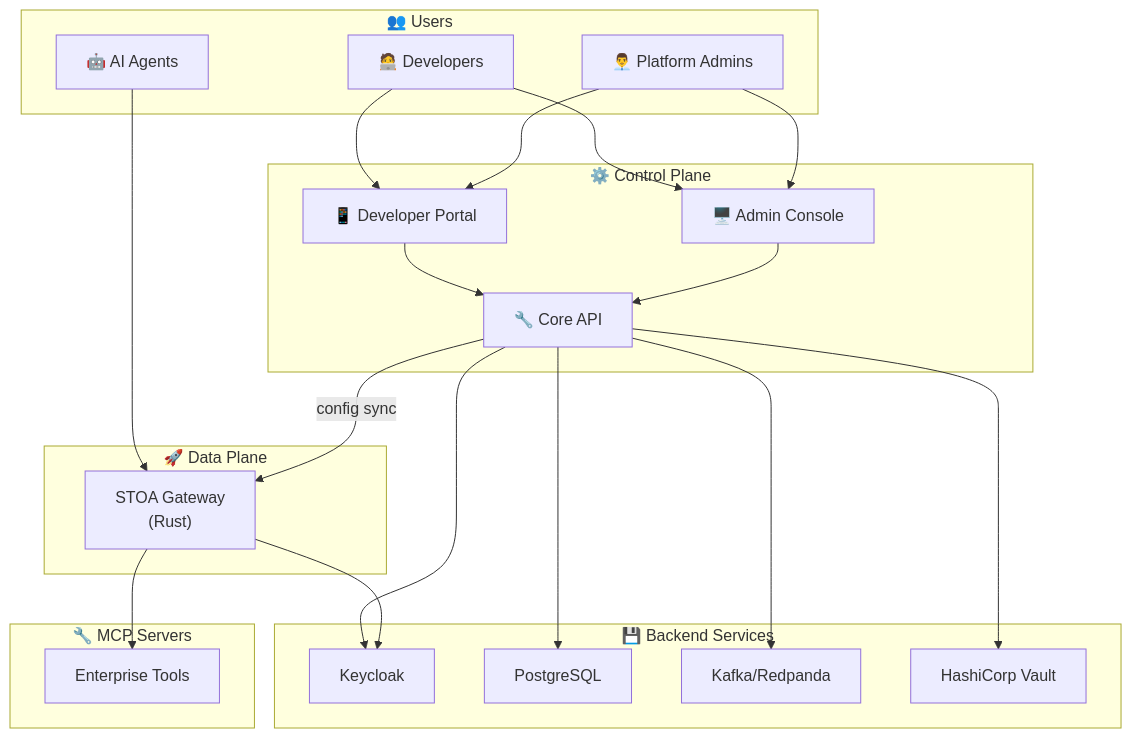
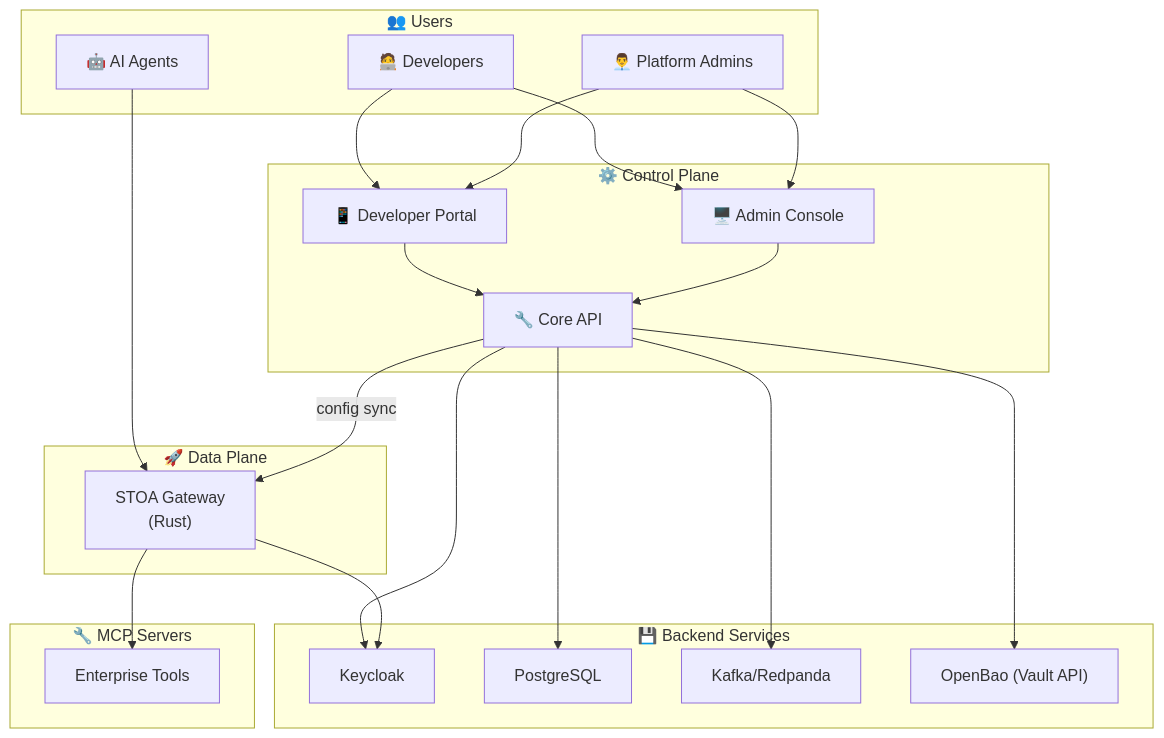
The first of 2 diagrams in docs/concepts/architecture.md (stoa-platform/stoa-docs), drawn with Mermaid before and after one commit. The commit also changed other lines of this file and 15 other files, not shown here.

First line of the commit message:
docs: name OpenBao where pages cite only HashiCorp Vault (CAB-2607) (#235)

````diff
--- a/docs/concepts/architecture.md
+++ b/docs/concepts/architecture.md
@@ -16,37 +16,37 @@
 ```mermaid
 flowchart TB
     subgraph Users["👥 Users"]
         Dev["🧑‍💻 Developers"]
         Admin["👨‍💼 Platform Admins"]
         AI["🤖 AI Agents"]
     end
 
     subgraph ControlPlane["⚙️ Control Plane"]
         Portal["📱 Developer Portal"]
         Console["🖥️ Admin Console"]
         CoreAPI["🔧 Core API"]
     end
 
     subgraph DataPlane["🚀 Data Plane"]
         MCPGateway["STOA Gateway<br/>(Rust)"]
     end
 
     subgraph Backend["💾 Backend Services"]
         KC["Keycloak"]
         PG["PostgreSQL"]
         Kafka["Kafka/Redpanda"]
-        Vault["HashiCorp Vault"]
+        Vault["OpenBao (Vault API)"]
     end
 
     subgraph MCP["🔧 MCP Servers"]
         Tools["Enterprise Tools"]
     end
 
     Dev & Admin --> Portal & Console
     AI --> MCPGateway
     Portal & Console --> CoreAPI
     CoreAPI -->|"config sync"| MCPGateway
     MCPGateway --> Tools
     CoreAPI --> PG & Kafka & KC & Vault
     MCPGateway --> KC
 ```
````
